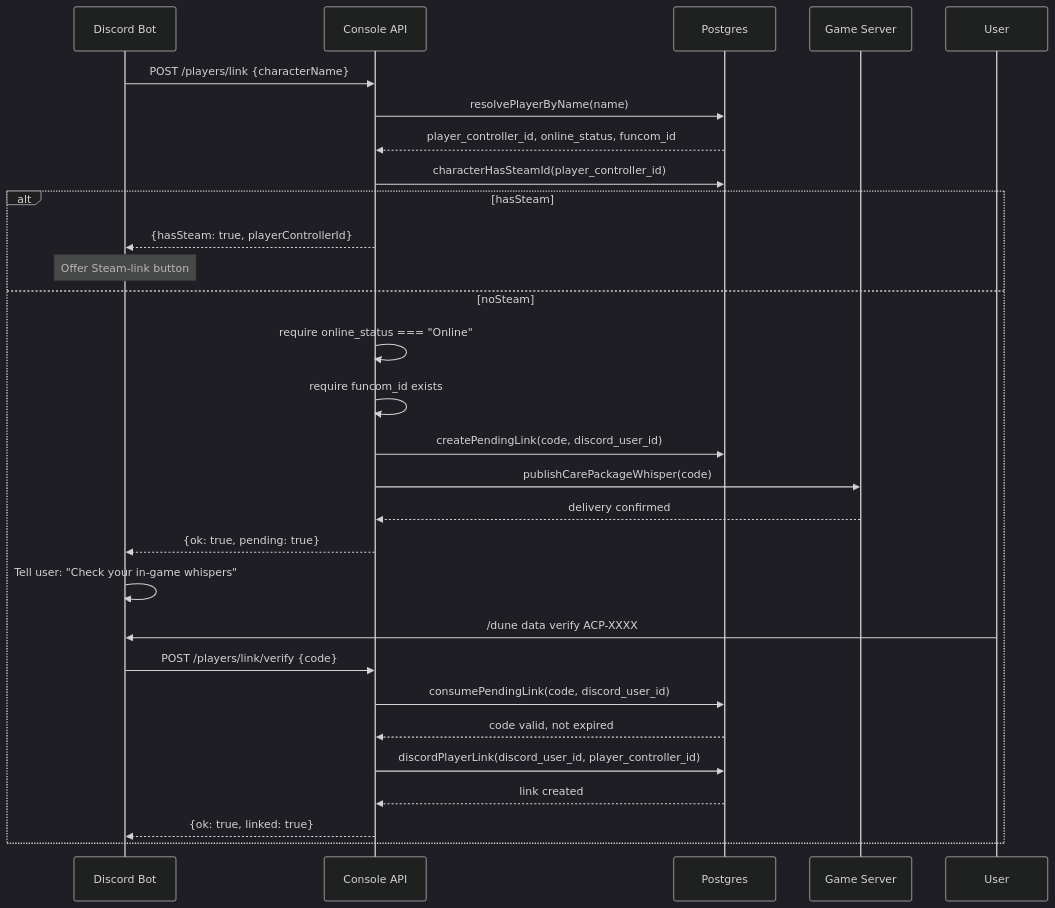
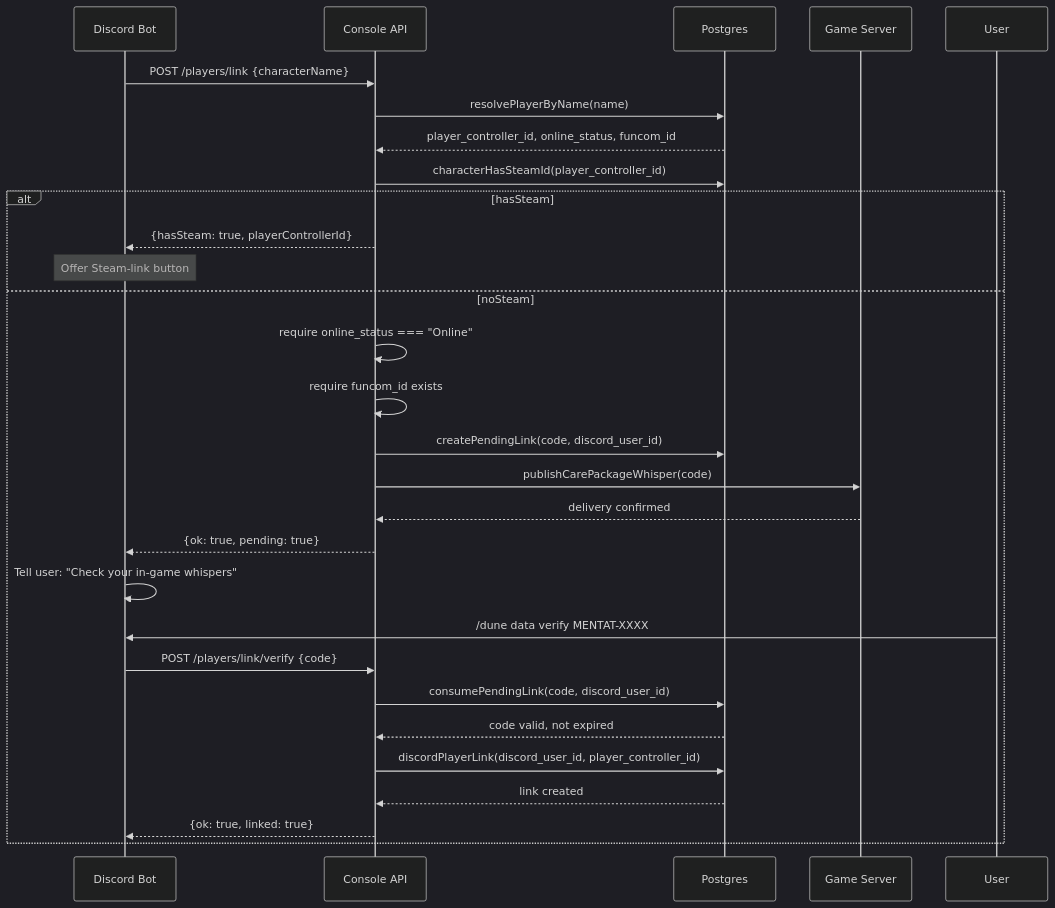
One commit to Project-Arrakis/dune-awakening-selfhost-docker changed the first of 2 diagrams in docs/security/player-linking-security-architecture.md. Above: the diagram before and after it, drawn with Mermaid (dark theme). The commit also changed 17 other files, not shown here.

First line of the commit message:
docs+refactor: Sentinel/ACP -> Mentat companion-bot naming (Phase 6) (#661)

````diff
--- a/docs/security/player-linking-security-architecture.md
+++ b/docs/security/player-linking-security-architecture.md
@@ -32,31 +32,31 @@
 ```mermaid
 sequenceDiagram
     participant Bot as Discord Bot
     participant API as Console API
     participant DB as Postgres
     participant Game as Game Server
 
     Bot->>API: POST /players/link {characterName}
     API->>DB: resolvePlayerByName(name)
     DB-->>API: player_controller_id, online_status, funcom_id
     API->>DB: characterHasSteamId(player_controller_id)
     alt hasSteam
         API-->>Bot: {hasSteam: true, playerControllerId}
         Note over Bot: Offer Steam-link button
     else noSteam
         API->>API: require online_status === "Online"
         API->>API: require funcom_id exists
         API->>DB: createPendingLink(code, discord_user_id)
         API->>Game: publishCarePackageWhisper(code)
         Game-->>API: delivery confirmed
         API-->>Bot: {ok: true, pending: true}
         Bot->>Bot: Tell user: "Check your in-game whispers"
-        User->>Bot: /dune data verify ACP-XXXX
+        User->>Bot: /dune data verify MENTAT-XXXX
         Bot->>API: POST /players/link/verify {code}
         API->>DB: consumePendingLink(code, discord_user_id)
         DB-->>API: code valid, not expired
         API->>DB: discordPlayerLink(discord_user_id, player_controller_id)
         DB-->>API: link created
         API-->>Bot: {ok: true, linked: true}
     end
 ```
````
